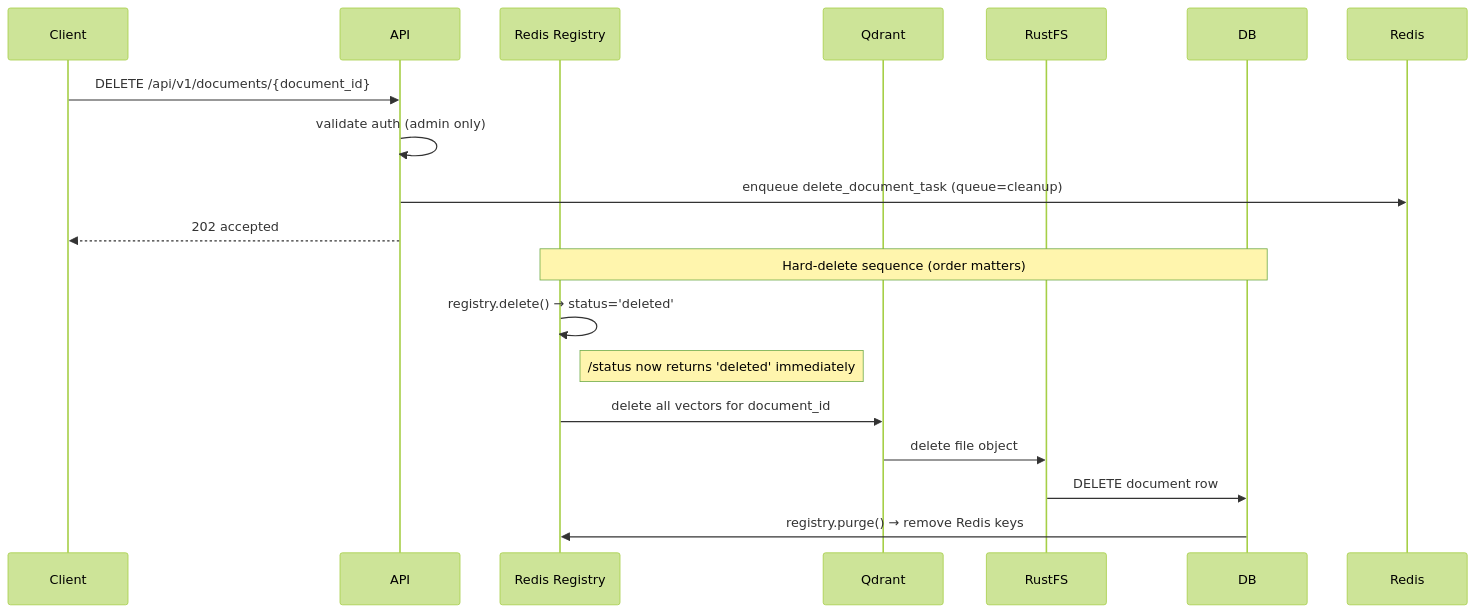
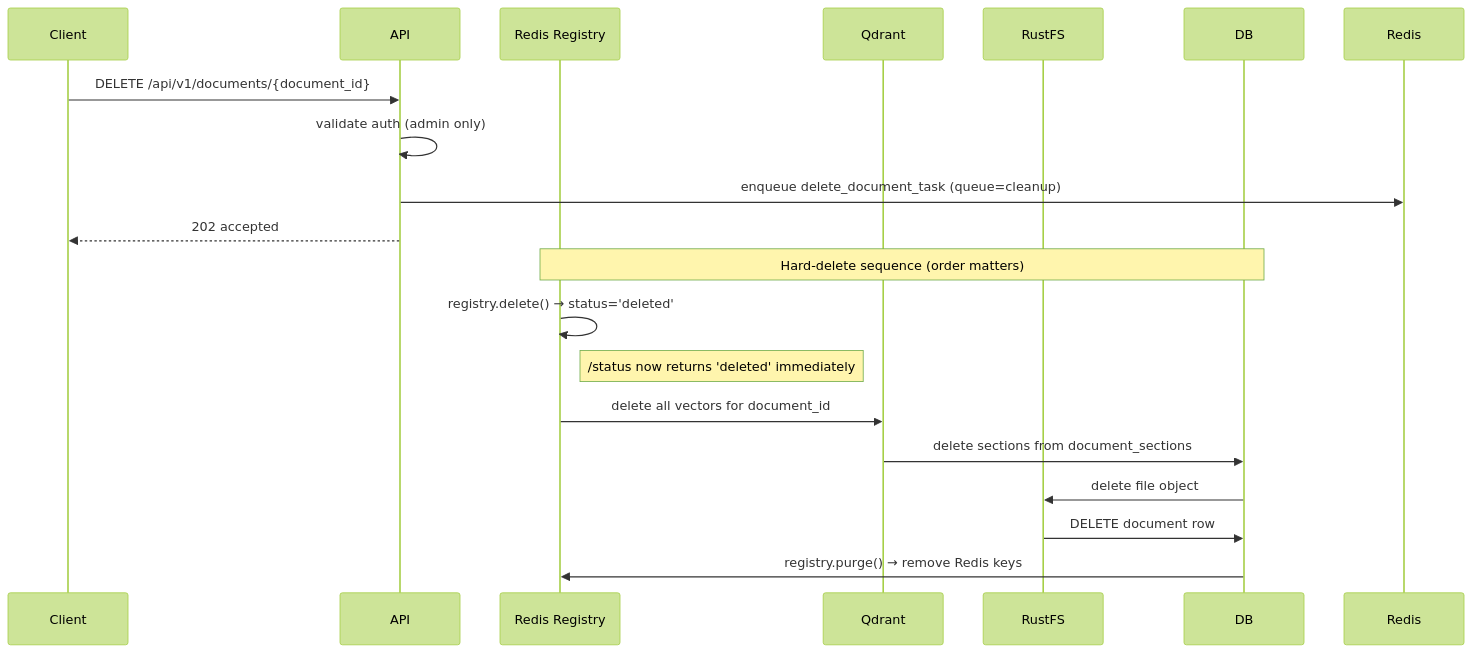
Before and after one commit to qtuanph/chatbot-rag: the third of 3 diagrams in docs/03_CORE_WORKFLOWS.md, drawn with Mermaid (forest theme). The commit also changed other lines of this file and 91 other files, not shown here.

````diff
--- a/docs/03_CORE_WORKFLOWS.md
+++ b/docs/03_CORE_WORKFLOWS.md
@@ -107,22 +114,23 @@
 ```mermaid
 sequenceDiagram
     participant Client
     participant API
     participant Registry as Redis Registry
     participant Qdrant
     participant RustFS
     participant DB
 
     Client->>API: DELETE /api/v1/documents/{document_id}
     API->>API: validate auth (admin only)
     API->>Redis: enqueue delete_document_task (queue=cleanup)
     API-->>Client: 202 accepted
 
     Note over Registry,DB: Hard-delete sequence (order matters)
     Registry->>Registry: registry.delete() → status='deleted'
     Note right of Registry: /status now returns 'deleted' immediately
     Registry->>Qdrant: delete all vectors for document_id
-    Qdrant->>RustFS: delete file object
+    Qdrant->>DB: delete sections from document_sections
+    DB->>RustFS: delete file object
     RustFS->>DB: DELETE document row
     DB->>Registry: registry.purge() → remove Redis keys
 ```
````
